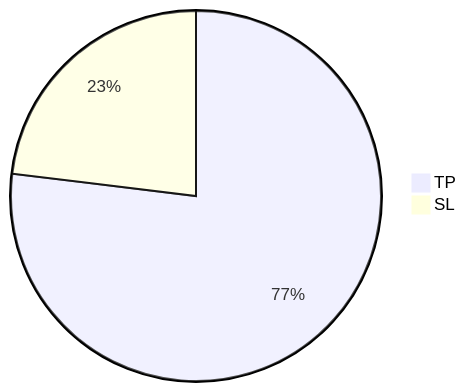
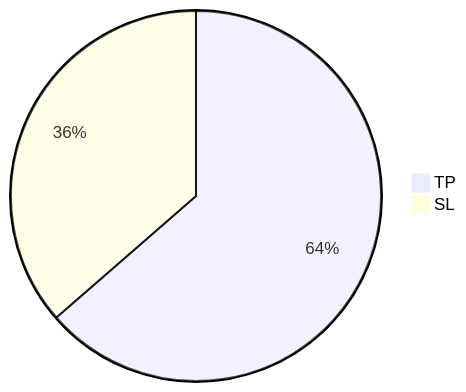
One commit to shifufx/jekyll-uno changed the diagram in _posts/2022-10-1-october-result.md. Above: the diagram before and after it, drawn with Mermaid. The commit also changed other lines of this file and 5 other files, not shown here.

```diff
--- a/_posts/2022-10-1-october-result.md
+++ b/_posts/2022-10-1-october-result.md
@@ -55,6 +64,6 @@
 <div class="mermaid">
 
 pie title 
-    "TP" : 70
-    "SL" : 21
+    "TP" : 166
+    "SL" : 95
 </div>
```
